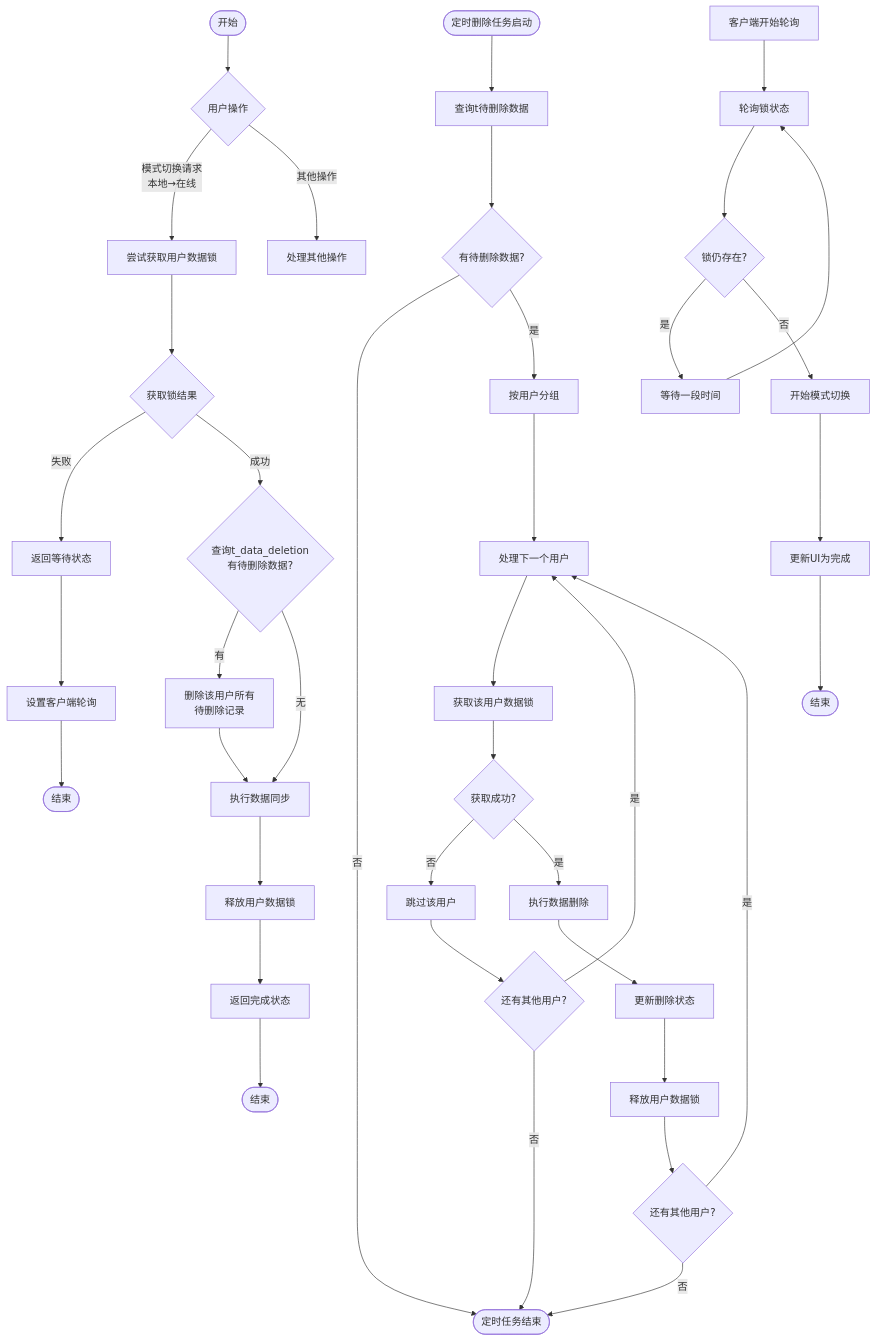
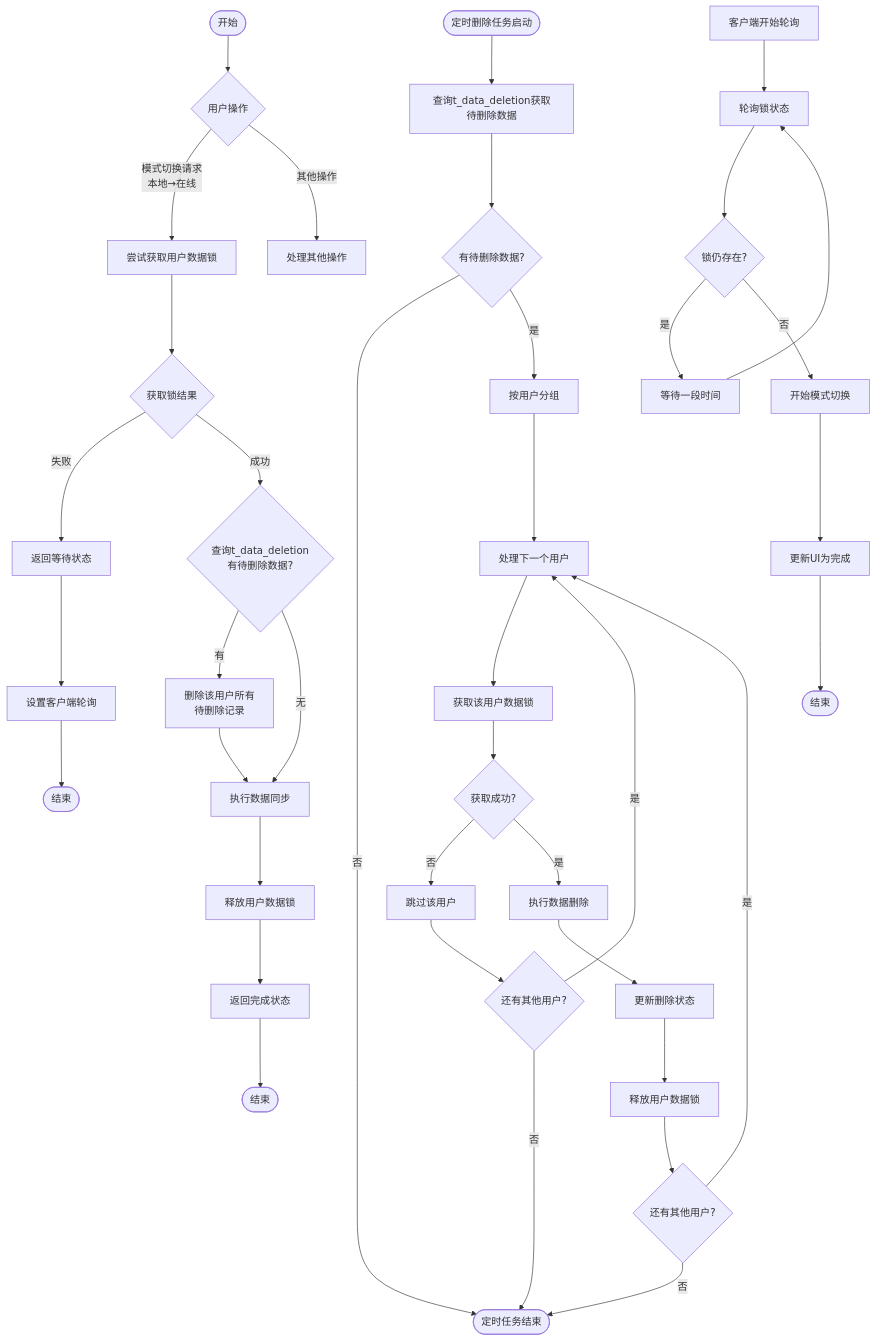
One commit to yingjianzh/iodraw-files changed the diagram in all/未命名-57.md. Above: the diagram before and after it, drawn with Mermaid.

Commit message:
2025-05-12 11:19:35 update

````diff
--- a/all/未命名-57.md
+++ b/all/未命名-57.md
@@ -1,59 +1,59 @@
 ```mermaid
 flowchart TD
     %% 主要分支
     Start([开始]) --> UserAction{用户操作}
     UserAction -->|模式切换请求\n本地→在线| TryLock[尝试获取用户数据锁]
     UserAction -->|其他操作| OtherOps[处理其他操作]
     
     %% 定时删除任务分支
-    ScheduledTask([定时删除任务启动]) --> QueryDeletions[查询t待删除数据]
+    ScheduledTask([定时删除任务启动]) --> QueryDeletions[查询t_data_deletion获取待删除数据]
     QueryDeletions --> HasTasks{有待删除数据?}
     HasTasks -->|否| TaskEnd([定时任务结束])
     HasTasks -->|是| GroupByUser[按用户分组]
     
     %% 处理用户数据删除
     GroupByUser --> ProcessNextUser[处理下一个用户]
     ProcessNextUser --> AcquireLock[获取该用户数据锁]
     AcquireLock --> LockSuccess{获取成功?}
     
     LockSuccess -->|否| SkipUser[跳过该用户]
     SkipUser --> MoreUsers1{还有其他用户?}
     MoreUsers1 -->|是| ProcessNextUser
     MoreUsers1 -->|否| TaskEnd
     
     LockSuccess -->|是| DeleteData[执行数据删除]
     DeleteData --> UpdateStatus[更新删除状态]
     UpdateStatus --> ReleaseLock[释放用户数据锁]
     ReleaseLock --> MoreUsers2{还有其他用户?}
     MoreUsers2 -->|是| ProcessNextUser
     MoreUsers2 -->|否| TaskEnd
     
     %% 模式切换流程
     TryLock --> LockResult{获取锁结果}
     
     LockResult -->|失败| ReturnWaiting[返回等待状态]
     ReturnWaiting --> SetupPolling[设置客户端轮询]
     SetupPolling --> End1([结束])
     
     LockResult -->|成功| CheckPendingDeletion{查询t_data_deletion\n有待删除数据?}
     
     CheckPendingDeletion -->|有| RemoveDeletionRecords[删除该用户所有\n待删除记录]
     RemoveDeletionRecords --> PerformSync[执行数据同步]
     
     CheckPendingDeletion -->|无| PerformSync
     
     PerformSync --> ReleaseSwitchLock[释放用户数据锁]
     ReleaseSwitchLock --> ReturnComplete[返回完成状态]
     ReturnComplete --> End2([结束])
     
     %% 客户端轮询
     ClientPolling[客户端开始轮询] --> PollLockStatus[轮询锁状态]
     PollLockStatus --> StillLocked{锁仍存在?}
     
     StillLocked -->|是| WaitInterval[等待一段时间]
     WaitInterval --> PollLockStatus
     
     StillLocked -->|否| StartSwitch[开始模式切换]
     StartSwitch --> CompleteUI[更新UI为完成]
     CompleteUI --> End3([结束])
 ```
````
